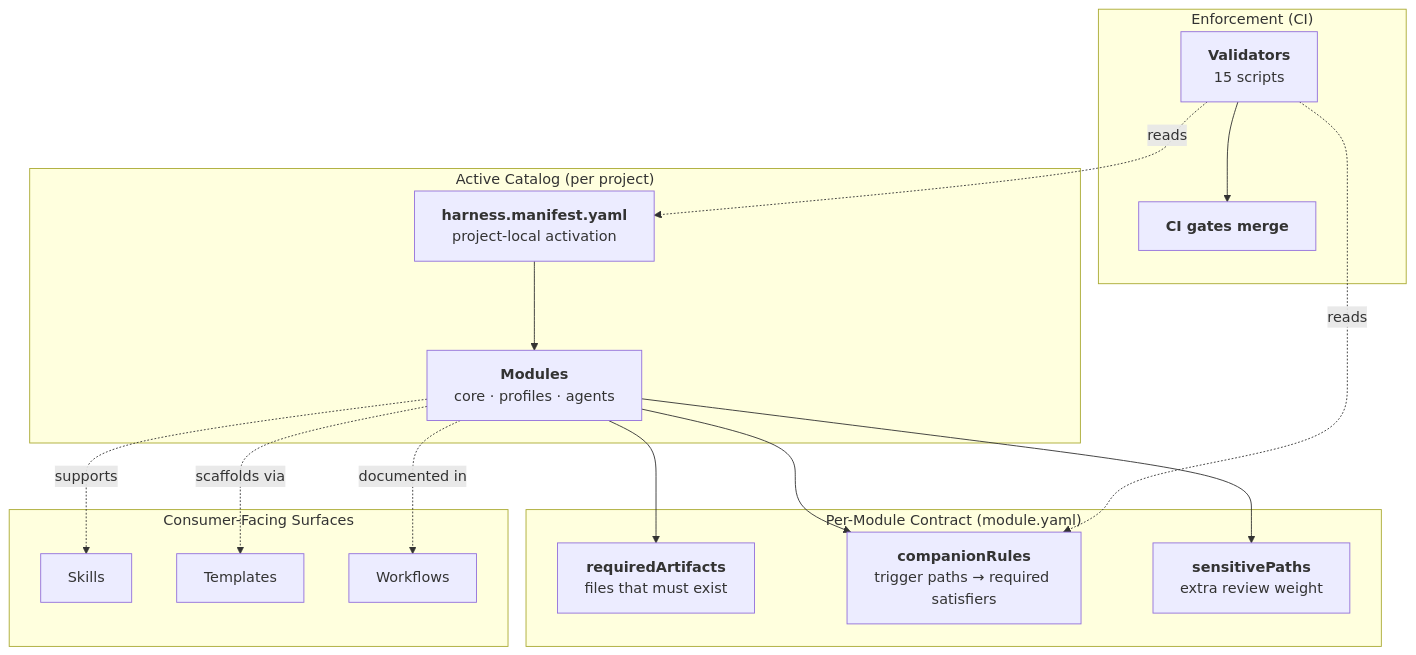
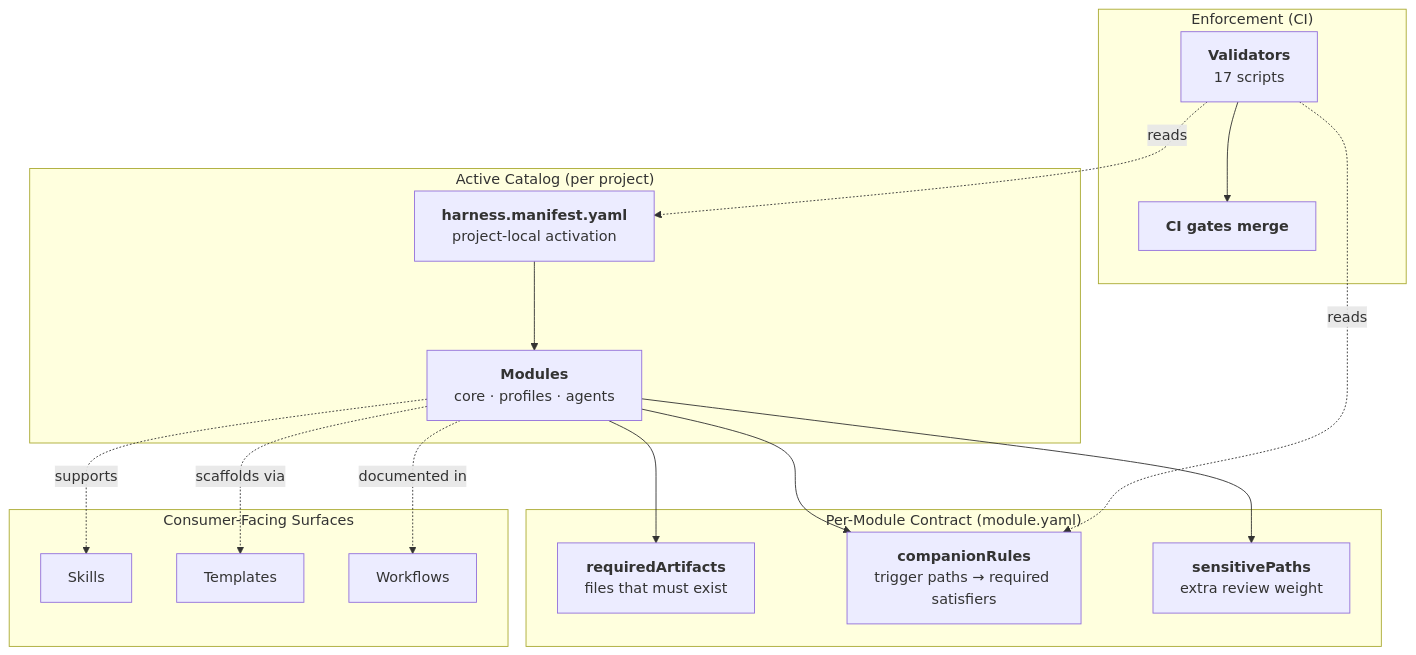
One commit to unclenate/auto-harness changed the diagram in README.md. Above: the diagram before and after it, drawn with Mermaid. The commit also changed other lines of this file and 36 other files, not shown here.

````diff
--- a/README.md
+++ b/README.md
@@ -131,31 +131,31 @@
 ```mermaid
 flowchart TD
     Manifest["<b>harness.manifest.yaml</b><br/>project-local activation"]
 
     subgraph CATALOG["Active Catalog (per project)"]
         Manifest --> Modules["<b>Modules</b><br/>core · profiles · agents"]
     end
 
     subgraph CONTRACT["Per-Module Contract (module.yaml)"]
         Modules --> Required["<b>requiredArtifacts</b><br/>files that must exist"]
         Modules --> Companions["<b>companionRules</b><br/>trigger paths → required satisfiers"]
         Modules --> Sensitive["<b>sensitivePaths</b><br/>extra review weight"]
     end
 
     subgraph ENFORCE["Enforcement (CI)"]
-        Validators["<b>Validators</b><br/>15 scripts"]
+        Validators["<b>Validators</b><br/>17 scripts"]
         Validators -.reads.-> Manifest
         Validators -.reads.-> Companions
         Validators --> CIGate["<b>CI gates merge</b>"]
     end
 
     subgraph SURFACE["Consumer-Facing Surfaces"]
         Skills["Skills"]
         Templates["Templates"]
         Workflows["Workflows"]
     end
 
     Modules -.supports.-> Skills
     Modules -.scaffolds via.-> Templates
     Modules -.documented in.-> Workflows
 ```
````
